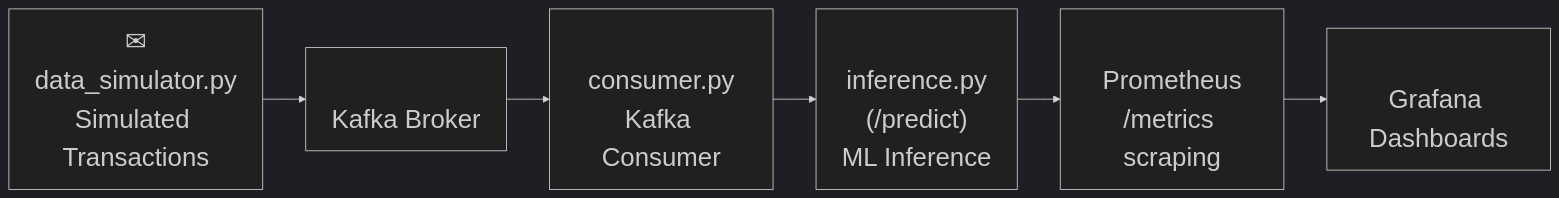
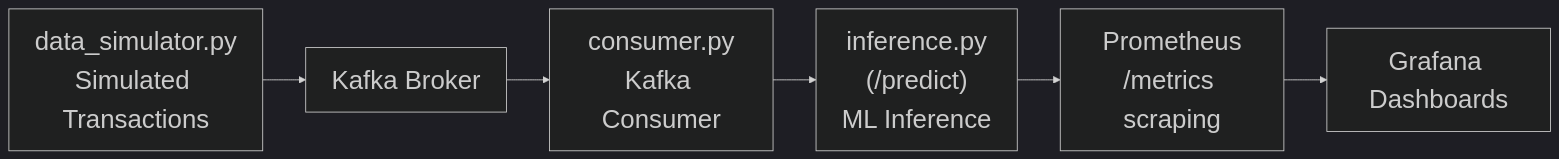
Before and after one commit to hhrh/Real-Time-Fraud-Detection: the diagram in README.md, drawn with Mermaid. The commit also changed other lines of this file, not shown here.

````diff
--- a/README.md
+++ b/README.md
@@ -21,16 +21,16 @@
 ```mermaid
 %%{init: {'theme': 'dark', 'themeVariables': { 'fontSize': '30px', 'fontFamily': 'sans-serif'}}}%%
 flowchart LR
-  Simulator["✉<br>data_simulator.py<br>Simulated Transactions"]
-  Kafka["<br>Kafka Broker"]
-  Consumer["<br>consumer.py<br>Kafka Consumer"]
-  FastAPI["<br>inference.py<br>(/predict)<br>ML Inference"]
-  Prometheus["<br>Prometheus<br>/metrics scraping"]
-  Grafana["<br>Grafana Dashboards"]
+  Simulator["data_simulator.py<br>Simulated Transactions"]
+  Kafka["Kafka Broker"]
+  Consumer["consumer.py<br>Kafka Consumer"]
+  FastAPI["inference.py<br>(/predict)<br>ML Inference"]
+  Prometheus["Prometheus<br>/metrics scraping"]
+  Grafana["Grafana Dashboards"]
 
   Simulator --> Kafka
   Kafka --> Consumer
   Consumer --> FastAPI
   FastAPI --> Prometheus
   Prometheus --> Grafana
 ```
````
